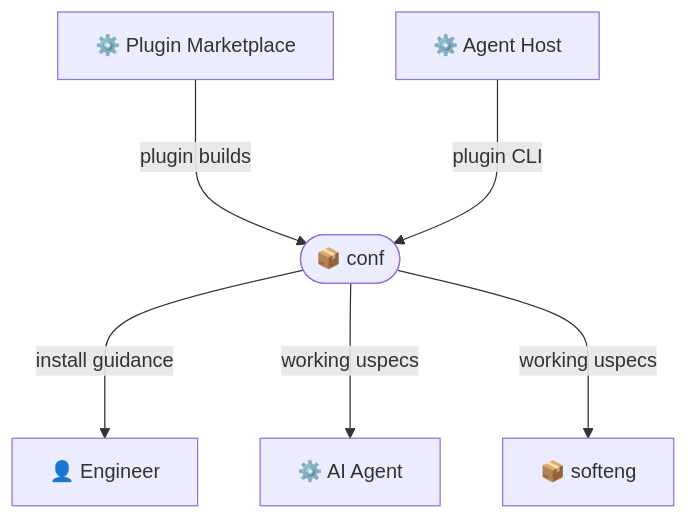
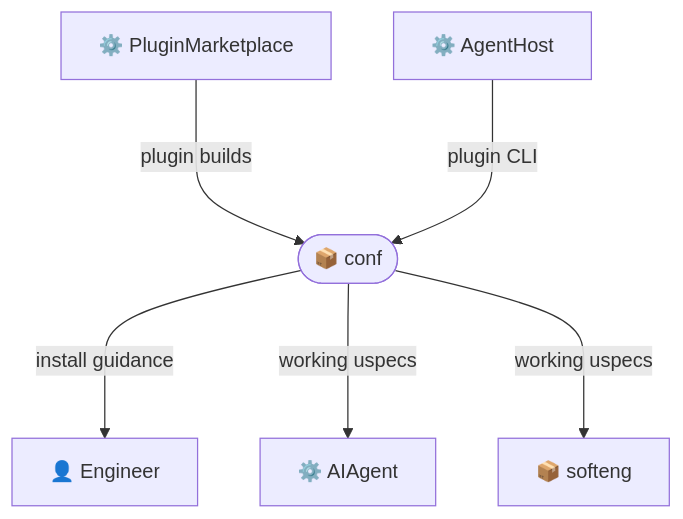
One commit to untillpro/uspecs changed the first of 3 diagrams in uspecs/specs/prod/conf/context.md. Above: the diagram before and after it, drawn with Mermaid. The commit also changed other lines of this file and 10 other files, not shown here.

````diff
--- a/uspecs/specs/prod/conf/context.md
+++ b/uspecs/specs/prod/conf/context.md
@@ -41,14 +41,14 @@
 ```mermaid
 graph TD
   conf(["📦 conf"])
   softeng["📦 softeng"]
   Engineer["👤 Engineer"]
-  AgentHost["⚙️ Agent Host"]
-  PluginMarketplace["⚙️ Plugin Marketplace"]
-  AIAgent["⚙️ AI Agent"]
+  AgentHost["⚙️ AgentHost"]
+  PluginMarketplace["⚙️ PluginMarketplace"]
+  AIAgent["⚙️ AIAgent"]
   PluginMarketplace --->|"plugin builds"| conf
   AgentHost --->|"plugin CLI"| conf
   conf --->|"install guidance"| Engineer
   conf --->|"working uspecs"| AIAgent
   conf --->|"working uspecs"| softeng
 ```
````
